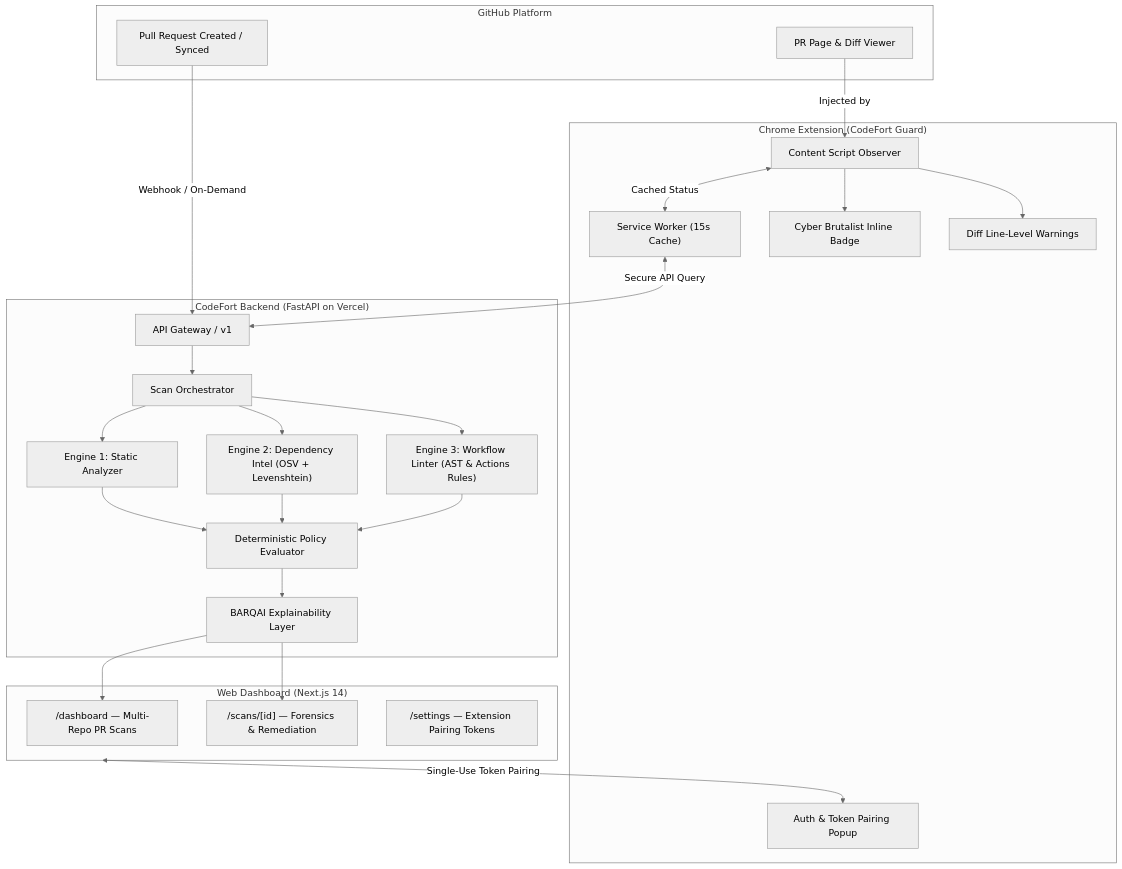
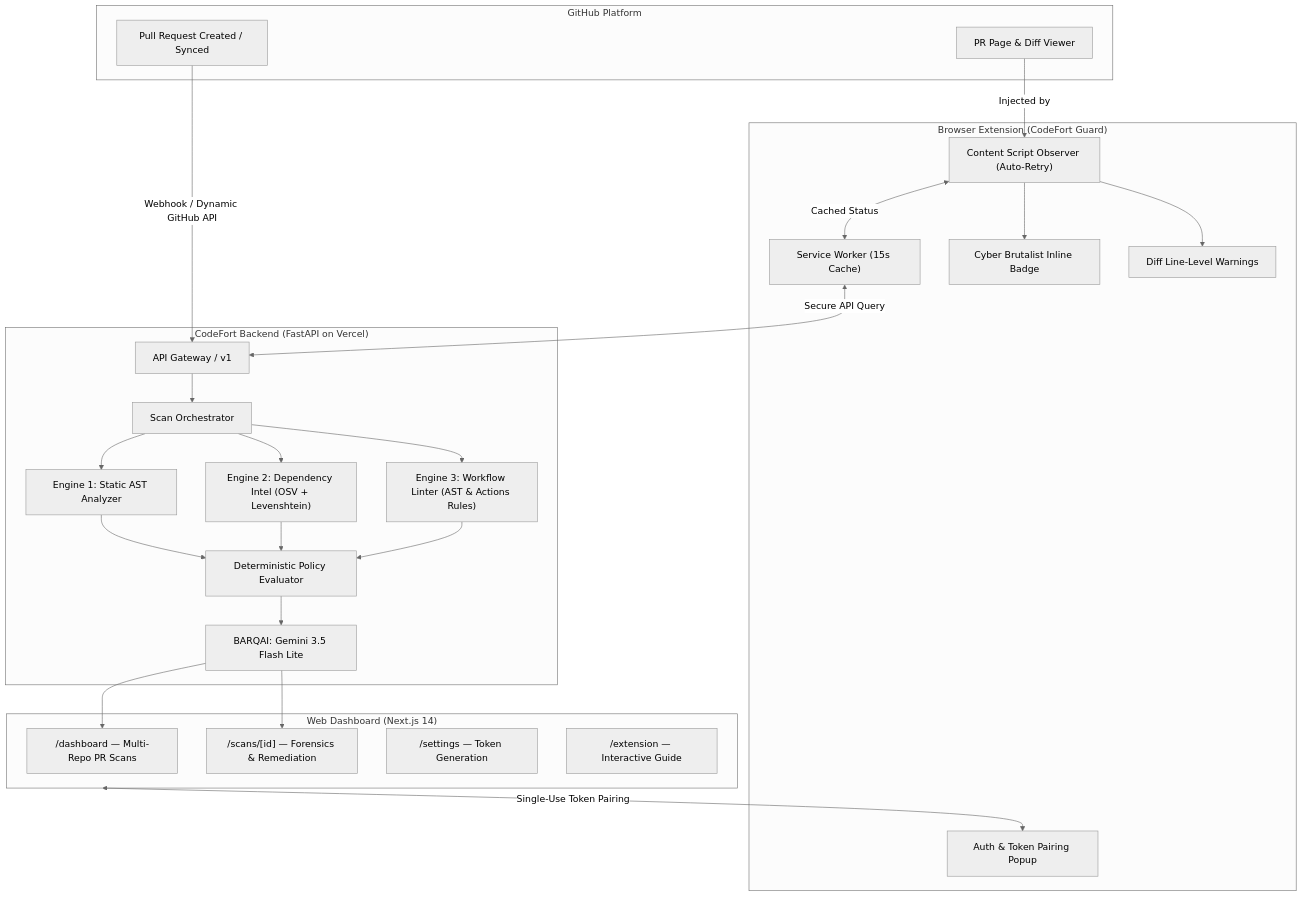
One commit to codefort-sec/codefort changed the diagram in README.md. Above: the diagram before and after it, drawn with Mermaid (neutral theme). The commit also changed other lines of this file and 11 other files, not shown here.

Commit message:
feat(docs & web): add interactive extension install guide, update README, and fix extension and dashboard bugs

````diff
--- a/README.md
+++ b/README.md
@@ -41,46 +44,47 @@
 ```mermaid
 flowchart TD
     subgraph GitHub["GitHub Platform"]
         PR["Pull Request Created / Synced"]
         DOM["PR Page & Diff Viewer"]
     end
 
-    subgraph Chrome["Chrome Extension (CodeFort Guard)"]
+    subgraph Browser["Browser Extension (CodeFort Guard)"]
         SW["Service Worker (15s Cache)"]
-        CS["Content Script Observer"]
+        CS["Content Script Observer (Auto-Retry)"]
         Badge["Cyber Brutalist Inline Badge"]
         LineWarn["Diff Line-Level Warnings"]
         Popup["Auth & Token Pairing Popup"]
     end
 
     subgraph Cloud["CodeFort Backend (FastAPI on Vercel)"]
         Router["API Gateway / v1"]
         Orch["Scan Orchestrator"]
-        SE1["Engine 1: Static Analyzer"]
+        SE1["Engine 1: Static AST Analyzer"]
         SE2["Engine 2: Dependency Intel (OSV + Levenshtein)"]
         SE3["Engine 3: Workflow Linter (AST & Actions Rules)"]
         Pol["Deterministic Policy Evaluator"]
-        BARQ["BARQAI Explainability Layer"]
+        BARQ["BARQAI: Gemini 3.5 Flash Lite"]
     end
 
     subgraph Web["Web Dashboard (Next.js 14)"]
         Dash["/dashboard — Multi-Repo PR Scans"]
         Foren["/scans/[id] — Forensics & Remediation"]
-        Sett["/settings — Extension Pairing Tokens"]
+        Sett["/settings — Token Generation"]
+        Inst["/extension — Interactive Guide"]
     end
 
-    PR -->|Webhook / On-Demand| Router
+    PR -->|Webhook / Dynamic GitHub API| Router
     DOM -->|Injected by| CS
     CS <-->|Cached Status| SW
     SW <-->|Secure API Query| Router
     CS --> Badge
     CS --> LineWarn
 
     Router --> Orch
     Orch --> SE1 & SE2 & SE3
     SE1 & SE2 & SE3 --> Pol
     Pol --> BARQ
     BARQ --> Dash & Foren
 
     Web <-->|Single-Use Token Pairing| Popup
 ```
````
